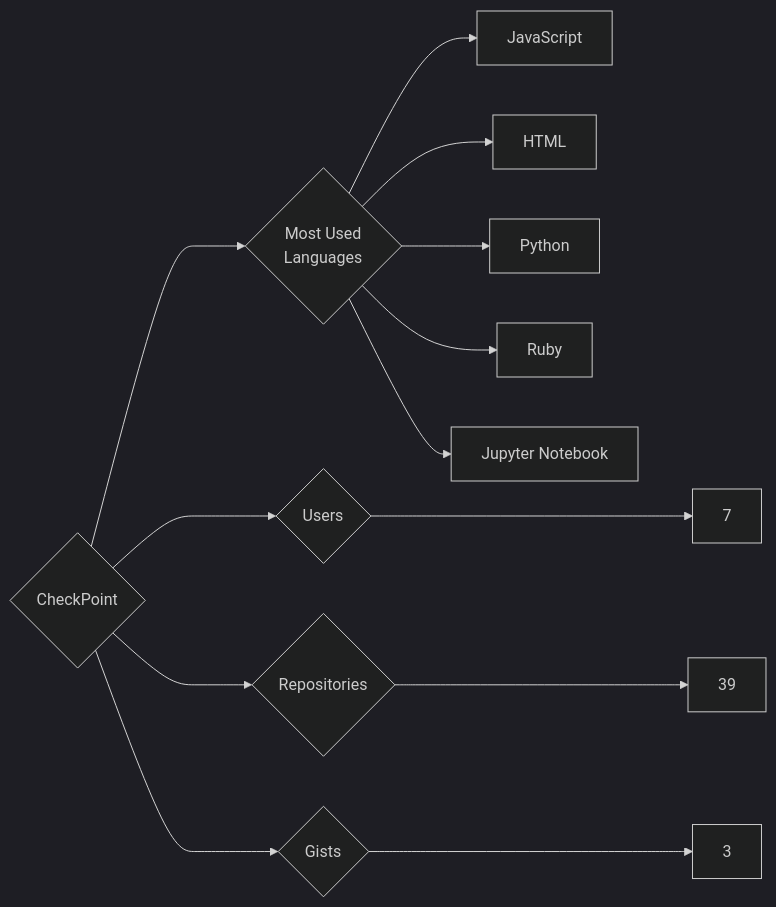
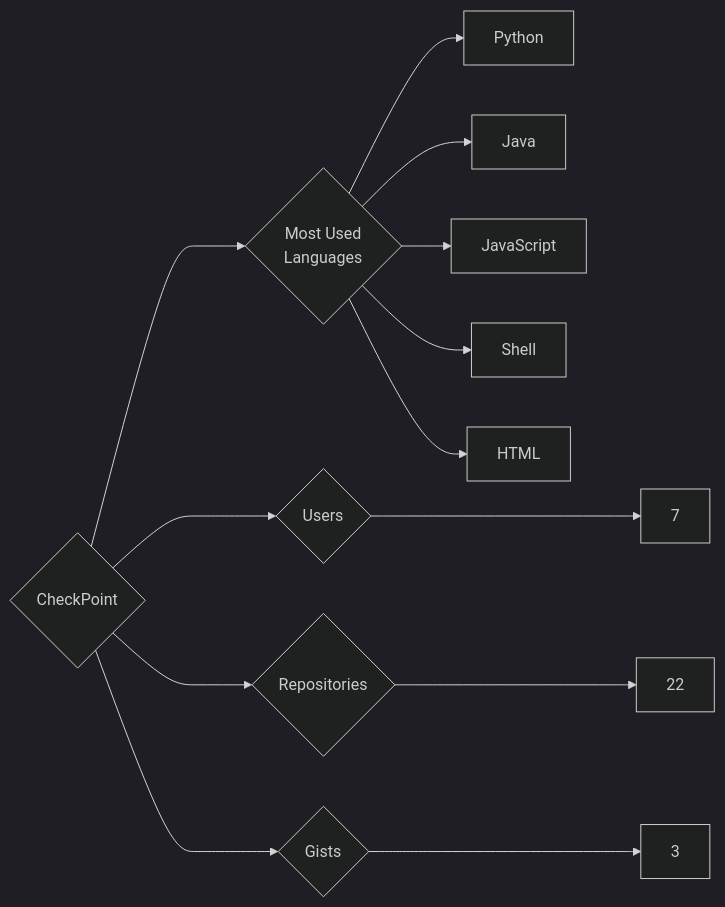
One commit to trickest/insiders changed the diagram in targets/CheckPoint/README.md. Above: the diagram before and after it, drawn with Mermaid (dark theme). The commit also changed 1030 other files, not shown here.

````diff
--- a/targets/CheckPoint/README.md
+++ b/targets/CheckPoint/README.md
@@ -3,13 +3,13 @@
 ```mermaid
 graph LR
 COMPANY_NAME{CheckPoint}
 COMPANY_NAME ---> U{Users} ---> UN[7]
-COMPANY_NAME ---> R{Repositories} ---> RN[39]
+COMPANY_NAME ---> R{Repositories} ---> RN[22]
 COMPANY_NAME ---> G{Gists} ---> GN[3]
 COMPANY_NAME ---> ML{Most Used<br>Languages}
+ML --> Python[Python]
+ML --> Java[Java]
 ML --> JavaScript[JavaScript]
+ML --> Shell[Shell]
 ML --> HTML[HTML]
-ML --> Python[Python]
-ML --> Ruby[Ruby]
-ML --> Jupyter_Notebook[Jupyter Notebook]
 ```
````
